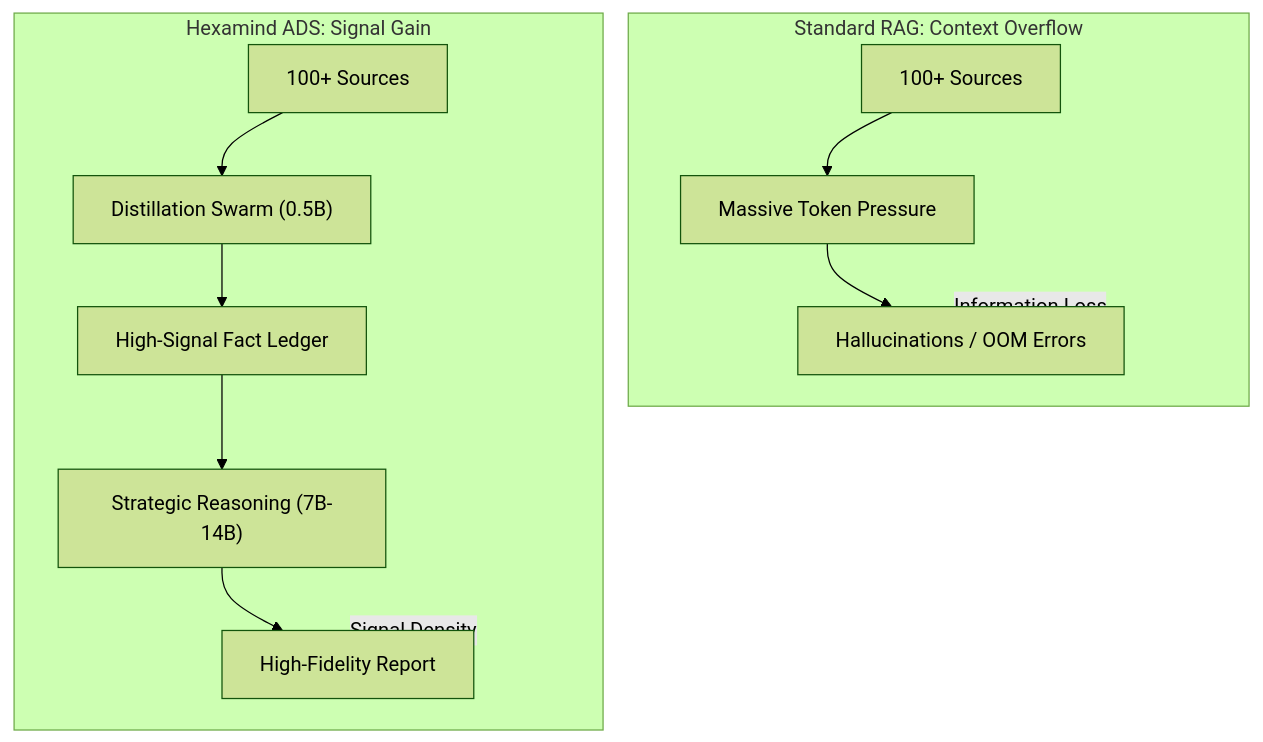
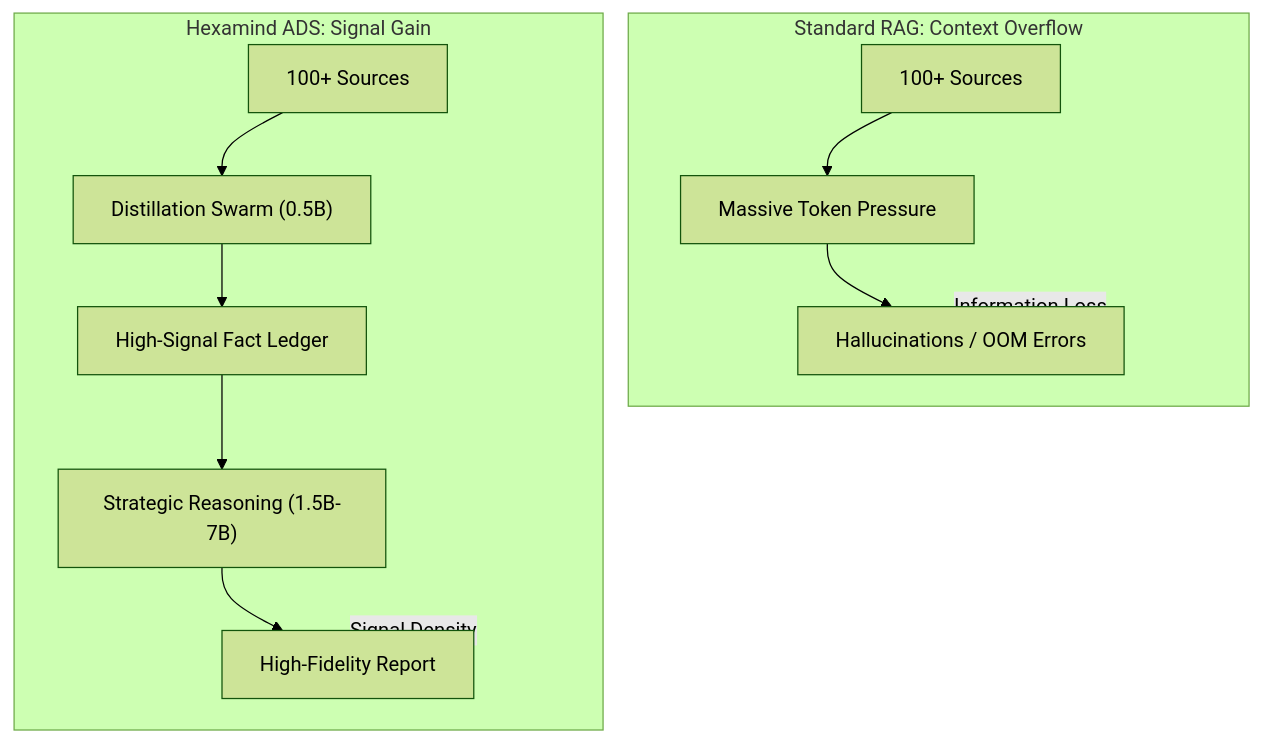
Before and after one commit to Jit-Paul-2008/Hexamind: the first of 2 diagrams in README.md, drawn with Mermaid (forest theme). The commit also changed other lines of this file and 13 other files, not shown here.

````diff
--- a/README.md
+++ b/README.md
@@ -29,17 +29,17 @@
 ```mermaid
 graph TD
     subgraph Standard_RAG [Standard RAG: Context Overflow]
     S1[100+ Sources] --> P1[Massive Token Pressure]
     P1 --> H1["Hallucinations / OOM Errors"]
     end
 
     subgraph Hexamind_ADS [Hexamind ADS: Signal Gain]
     S2[100+ Sources] --> DW["Distillation Swarm (0.5B)"]
     DW --> FL["High-Signal Fact Ledger"]
-    FL --> SR["Strategic Reasoning (7B-14B)"]
+    FL --> SR["Strategic Reasoning (1.5B-7B)"]
     SR --> OUT[High-Fidelity Report]
     end
 
     Standard_RAG -. "Information Loss" .-> H1
     Hexamind_ADS -- "Signal Density" --> OUT
 ```
````
